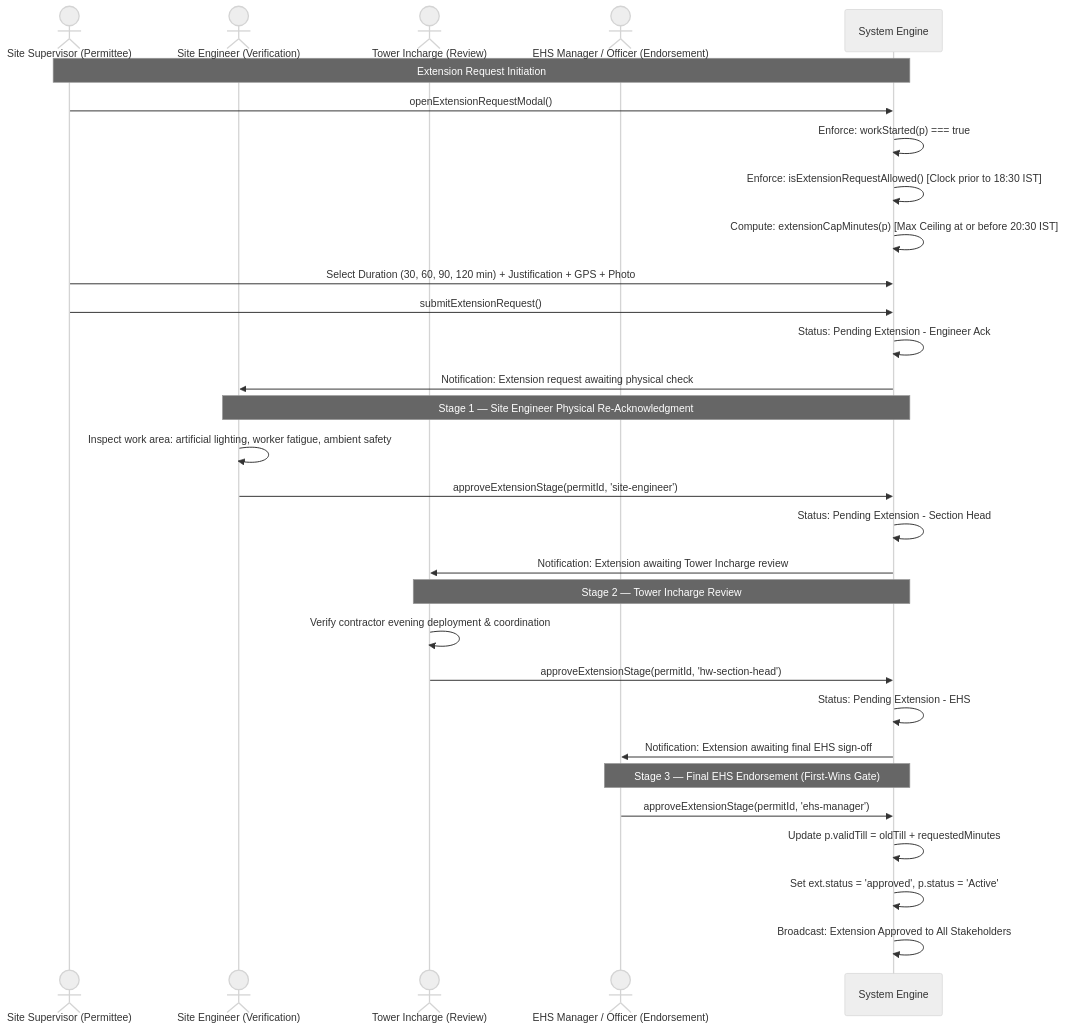
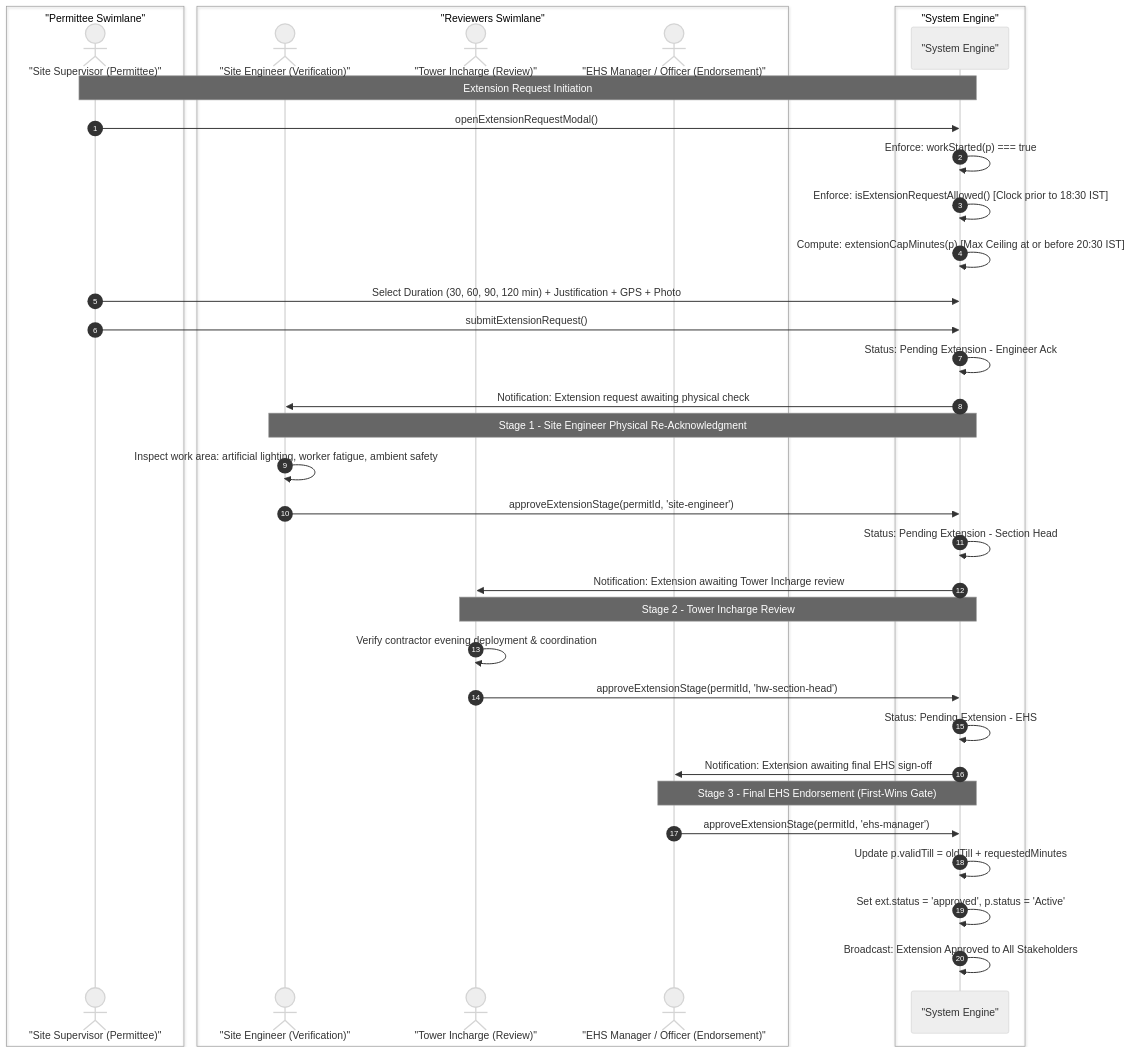
Diagram 39 of 41 in README.md (AuroGroupAutomationBot/ARPL-EHS-Demo), drawn with Mermaid (neutral theme) before and after one commit. The commit also changed other lines of this file and 7 other files, not shown here.

````diff
--- a/README.md
+++ b/README.md
@@ -2978,36 +3246,43 @@
 ```mermaid
 sequenceDiagram
-    actor SS as Site Supervisor (Permittee)
-    actor SE as Site Engineer (Verification)
-    actor TI as Tower Incharge (Review)
-    actor EHS as EHS Manager / Officer (Endorsement)
-    participant SYS as System Engine
+    autonumber
+    box "Permittee Swimlane"
+        actor SS as "Site Supervisor (Permittee)"
+    end
+    box "Reviewers Swimlane"
+        actor SE as "Site Engineer (Verification)"
+        actor TI as "Tower Incharge (Review)"
+        actor EHS as "EHS Manager / Officer (Endorsement)"
+    end
+    box "System Engine"
+        participant SYS as "System Engine"
+    end
 
     Note over SS,SYS: Extension Request Initiation
     SS->>SYS: openExtensionRequestModal()
     SYS->>SYS: Enforce: workStarted(p) === true
     SYS->>SYS: Enforce: isExtensionRequestAllowed() [Clock prior to 18:30 IST]
     SYS->>SYS: Compute: extensionCapMinutes(p) [Max Ceiling at or before 20:30 IST]
     SS->>SYS: Select Duration (30, 60, 90, 120 min) + Justification + GPS + Photo
     SS->>SYS: submitExtensionRequest()
     SYS->>SYS: Status: Pending Extension - Engineer Ack
     SYS->>SE: Notification: Extension request awaiting physical check
 
-    Note over SE,SYS: Stage 1 — Site Engineer Physical Re-Acknowledgment
+    Note over SE,SYS: Stage 1 - Site Engineer Physical Re-Acknowledgment
     SE->>SE: Inspect work area: artificial lighting, worker fatigue, ambient safety
     SE->>SYS: approveExtensionStage(permitId, 'site-engineer')
     SYS->>SYS: Status: Pending Extension - Section Head
     SYS->>TI: Notification: Extension awaiting Tower Incharge review
 
-    Note over TI,SYS: Stage 2 — Tower Incharge Review
+    Note over TI,SYS: Stage 2 - Tower Incharge Review
     TI->>TI: Verify contractor evening deployment & coordination
     TI->>SYS: approveExtensionStage(permitId, 'hw-section-head')
     SYS->>SYS: Status: Pending Extension - EHS
     SYS->>EHS: Notification: Extension awaiting final EHS sign-off
 
-    Note over EHS,SYS: Stage 3 — Final EHS Endorsement (First-Wins Gate)
+    Note over EHS,SYS: Stage 3 - Final EHS Endorsement (First-Wins Gate)
     EHS->>SYS: approveExtensionStage(permitId, 'ehs-manager')
     SYS->>SYS: Update p.validTill = oldTill + requestedMinutes
     SYS->>SYS: Set ext.status = 'approved', p.status = 'Active'
     SYS->>SYS: Broadcast: Extension Approved to All Stakeholders
 ```
````
